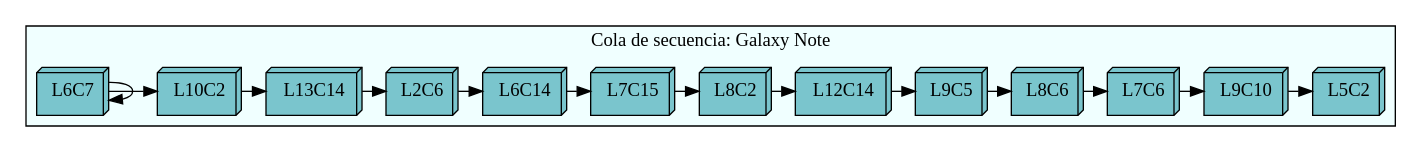
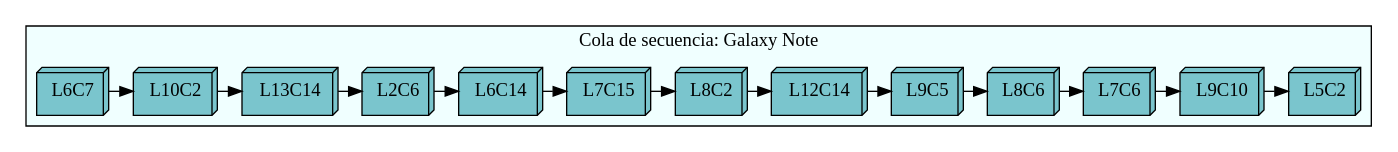
Before and after one commit to LuisaMariaO/IPC2_Proyecto2_202003381: the diagram in Reportes/Dot/GalaxyNote.dot, drawn with Graphviz. The commit also changed 10 other files, not shown here.

```diff
--- a/Reportes/Dot/GalaxyNote.dot
+++ b/Reportes/Dot/GalaxyNote.dot
@@ -1,24 +1,24 @@
 
             digraph L{
             node[shape=box3d fillcolor=cadetblue3 style =filled]
         
             subgraph cluster_p{
 		label="Cola de secuencia: Galaxy Note"
 		bgcolor = azure
             edge[dir = "normal"]
 		L6C7[label="L6C7", fillcollor=azure]
 		L10C2[label="L10C2", fillcollor=azure]
 		L13C14[label="L13C14", fillcollor=azure]
 		L2C6[label="L2C6", fillcollor=azure]
 		L6C14[label="L6C14", fillcollor=azure]
 		L7C15[label="L7C15", fillcollor=azure]
 		L8C2[label="L8C2", fillcollor=azure]
 		L12C14[label="L12C14", fillcollor=azure]
 		L9C5[label="L9C5", fillcollor=azure]
 		L8C6[label="L8C6", fillcollor=azure]
 		L7C6[label="L7C6", fillcollor=azure]
 		L9C10[label="L9C10", fillcollor=azure]
 		L5C2[label="L5C2", fillcollor=azure]
-		{rank=same; L6C7->L6C7->L10C2->L13C14->L2C6->L6C14->L7C15->L8C2->L12C14->L9C5->L8C6->L7C6->L9C10->L5C2}
+		{rank=same; L6C7->L10C2->L13C14->L2C6->L6C14->L7C15->L8C2->L12C14->L9C5->L8C6->L7C6->L9C10->L5C2}
 }
-			}
+}
```
